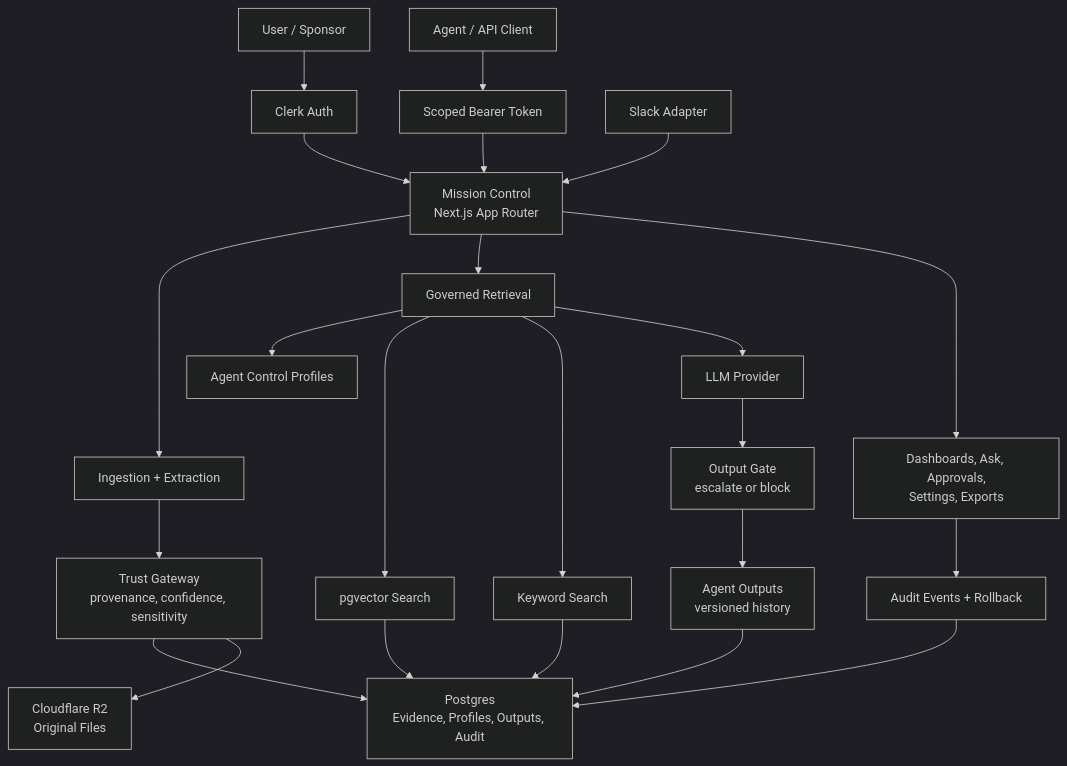
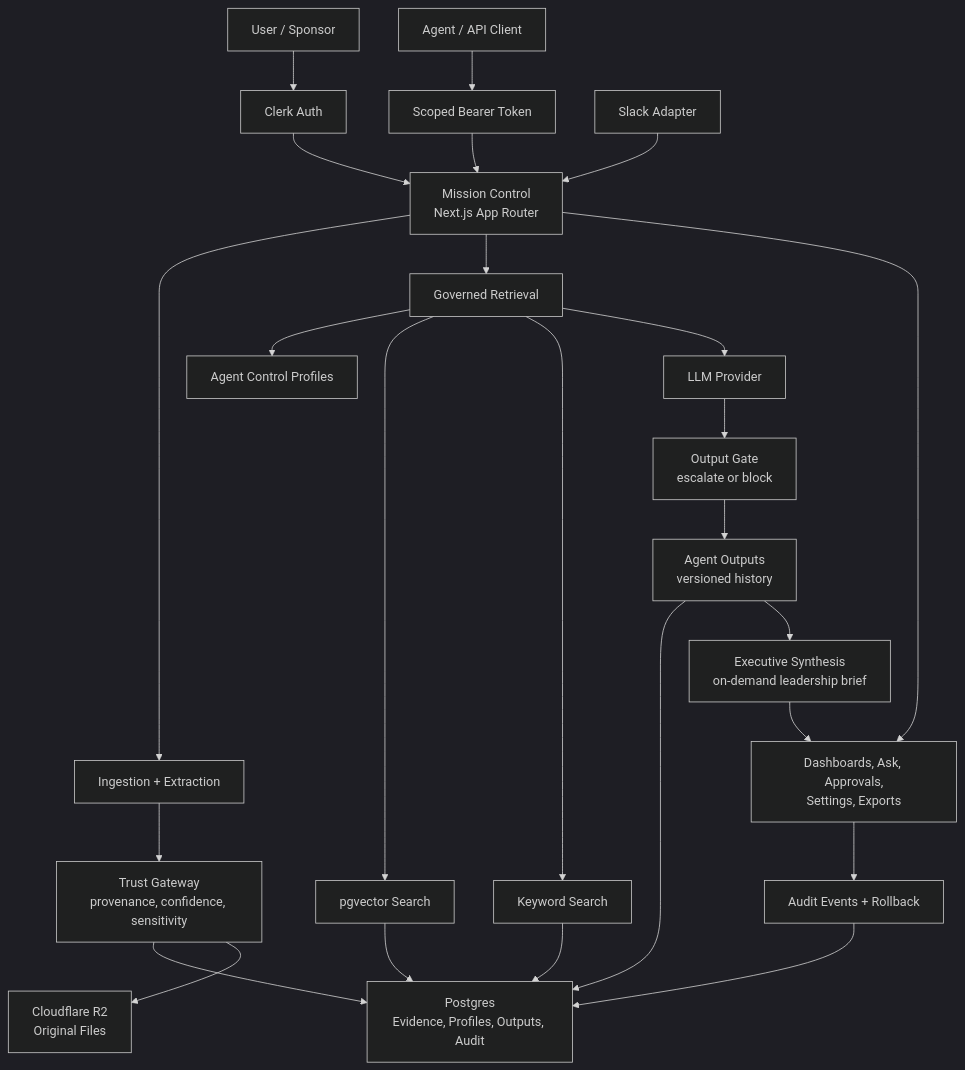
One commit to asjanjua/nexus-core changed the first of 5 diagrams in docs/ARCHITECTURE.md. Above: the diagram before and after it, drawn with Mermaid (dark theme). The commit also changed other lines of this file and 14 other files, not shown here.

Commit message:
feat: add executive synthesis layer

````diff
--- a/docs/ARCHITECTURE.md
+++ b/docs/ARCHITECTURE.md
@@ -39,31 +39,33 @@
 ```mermaid
 flowchart TB
   User["User / Sponsor"] --> Clerk["Clerk Auth"]
   Clerk --> MC["Mission Control<br/>Next.js App Router"]
 
   APIClient["Agent / API Client"] --> Bearer["Scoped Bearer Token"]
   Bearer --> MC
 
   Slack["Slack Adapter"] --> MC
 
   MC --> Ingestion["Ingestion + Extraction"]
   Ingestion --> Trust["Trust Gateway<br/>provenance, confidence, sensitivity"]
   Trust --> DB["Postgres<br/>Evidence, Profiles, Outputs, Audit"]
   Trust --> R2["Cloudflare R2<br/>Original Files"]
 
   MC --> Retrieval["Governed Retrieval"]
   Retrieval --> ACP["Agent Control Profiles"]
   Retrieval --> Vector["pgvector Search"]
   Retrieval --> Keyword["Keyword Search"]
   Vector --> DB
   Keyword --> DB
 
   Retrieval --> LLM["LLM Provider"]
   LLM --> Gate["Output Gate<br/>escalate or block"]
   Gate --> Outputs["Agent Outputs<br/>versioned history"]
   Outputs --> DB
+  Outputs --> Synthesis["Executive Synthesis<br/>on-demand leadership brief"]
+  Synthesis --> UI
 
   MC --> UI["Dashboards, Ask, Approvals,<br/>Settings, Exports"]
   UI --> Audit["Audit Events + Rollback"]
   Audit --> DB
 ```
````
